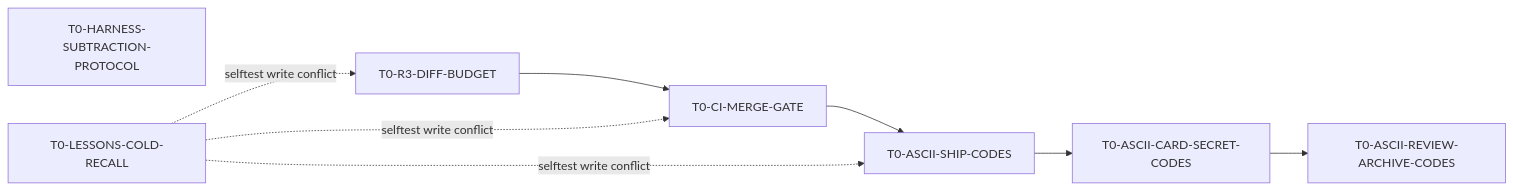
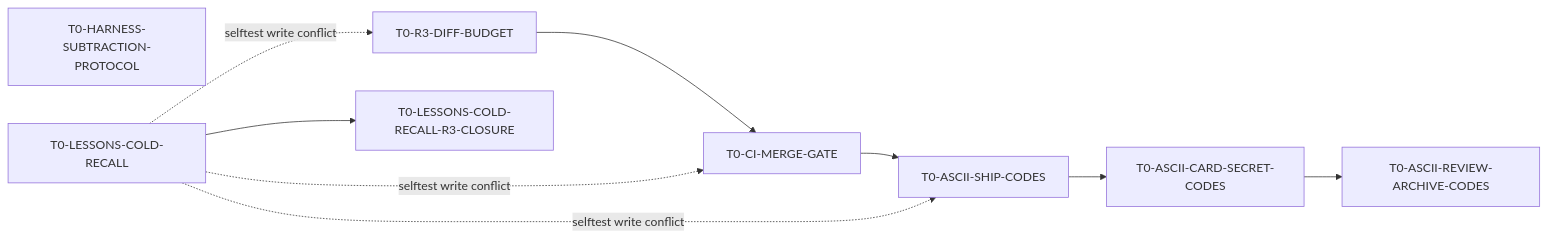
Before and after one commit to Asun28/MyInspection: the diagram in docs/TASK-BOARD.md, drawn with Mermaid. The commit also changed other lines of this file and 3 other files, not shown here.

Commit message:
docs: register lessons cold recall R3 closure

````diff
--- a/docs/TASK-BOARD.md
+++ b/docs/TASK-BOARD.md
@@ -95,12 +96,13 @@
 ```mermaid
 flowchart LR
   A[T0-R3-DIFF-BUDGET] --> B[T0-CI-MERGE-GATE]
   B --> E[T0-ASCII-SHIP-CODES]
   E --> F[T0-ASCII-CARD-SECRET-CODES]
   F --> G[T0-ASCII-REVIEW-ARCHIVE-CODES]
   C[T0-HARNESS-SUBTRACTION-PROTOCOL]
   D[T0-LESSONS-COLD-RECALL]
+  D --> H[T0-LESSONS-COLD-RECALL-R3-CLOSURE]
   D -.->|selftest write conflict| A
   D -.->|selftest write conflict| B
   D -.->|selftest write conflict| E
 ```
````
